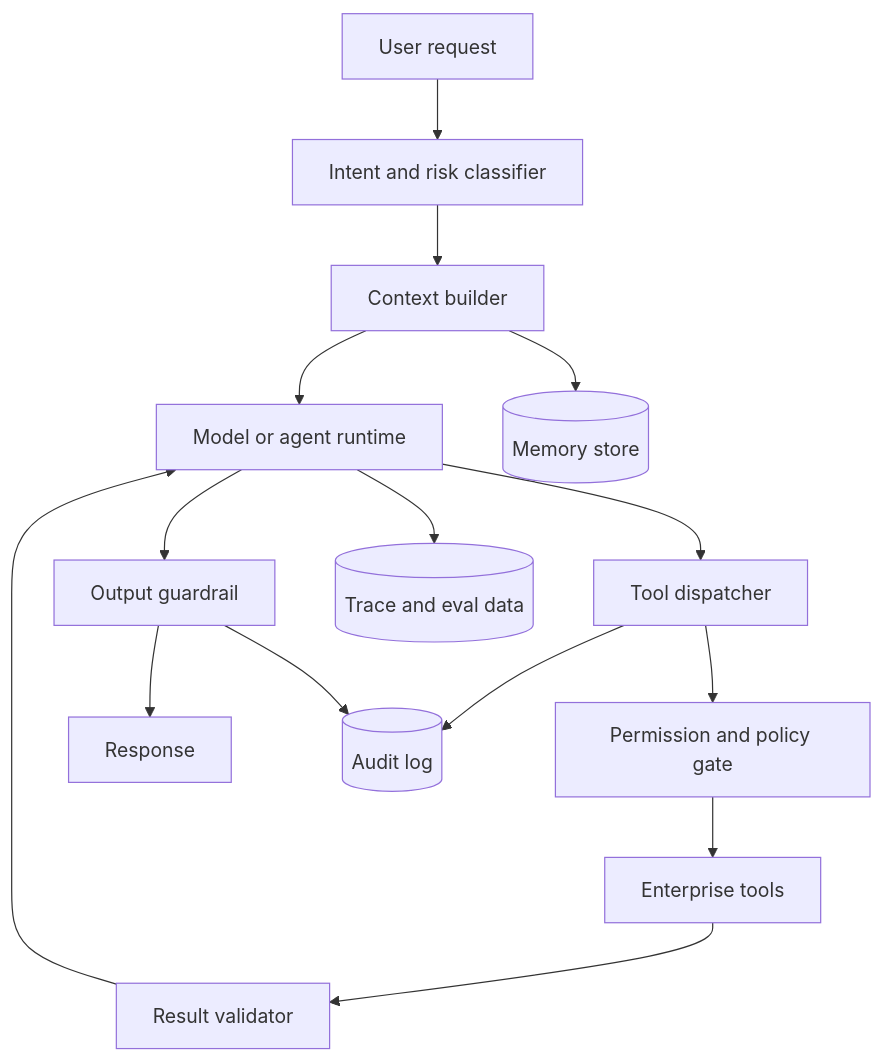
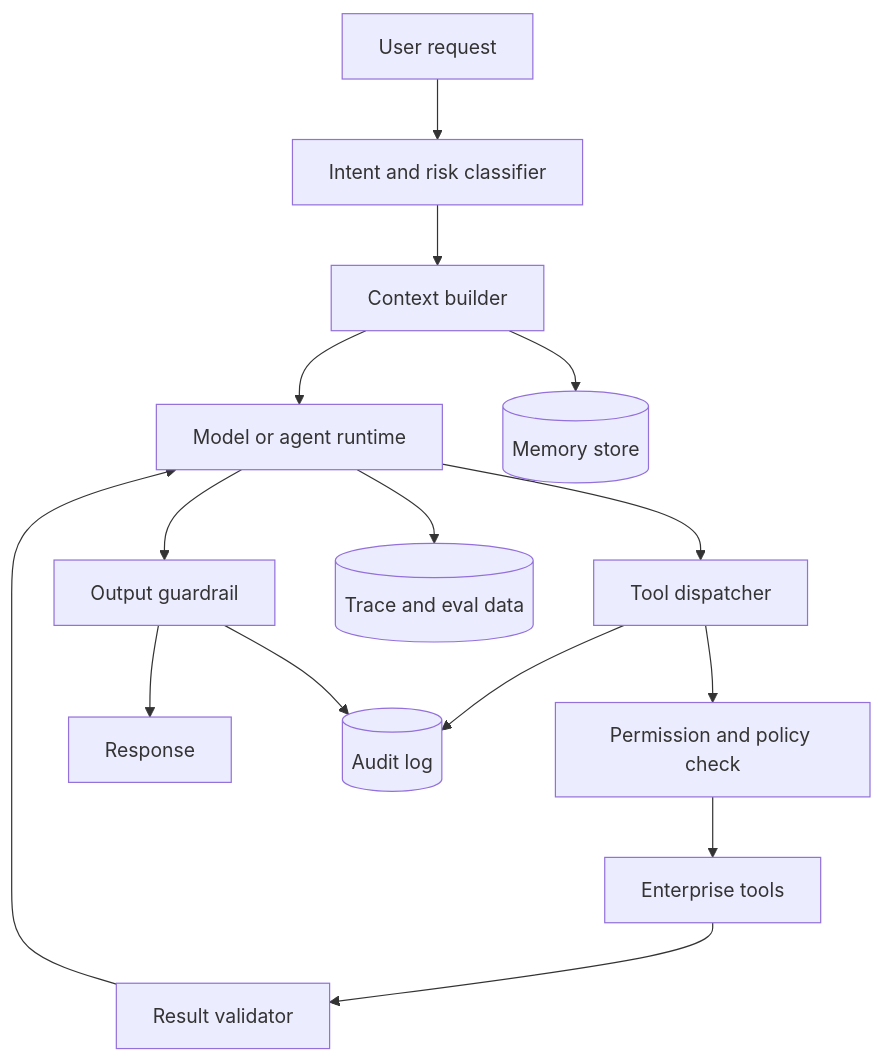
One commit to jon890/fos-study changed the second of 6 diagrams in AI/agent/enterprise-ai-agent-design.md. Above: the diagram before and after it, drawn with Mermaid. The commit also changed other lines of this file and 29 other files, not shown here.

````diff
--- a/AI/agent/enterprise-ai-agent-design.md
+++ b/AI/agent/enterprise-ai-agent-design.md
@@ -40,18 +41,18 @@
 ```mermaid
 flowchart TB
     U[User request] --> I[Intent and risk classifier]
     I --> C[Context builder]
     C --> M[Model or agent runtime]
     M --> D[Tool dispatcher]
-    D --> P[Permission and policy gate]
+    D --> P[Permission and policy check]
     P --> T[Enterprise tools]
     T --> V[Result validator]
     V --> M
     M --> G[Output guardrail]
     G --> R[Response]
 
     C --> MEM[(Memory store)]
     D --> AUDIT[(Audit log)]
     M --> TRACE[(Trace and eval data)]
     G --> AUDIT
 ```
````
